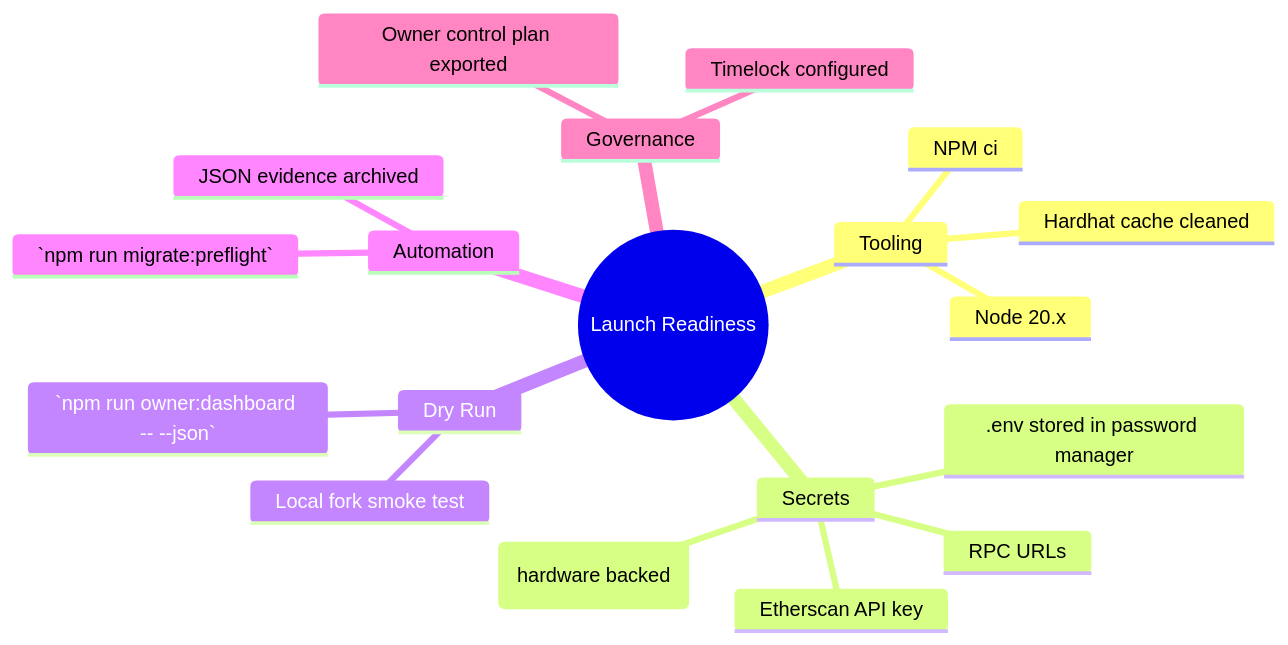
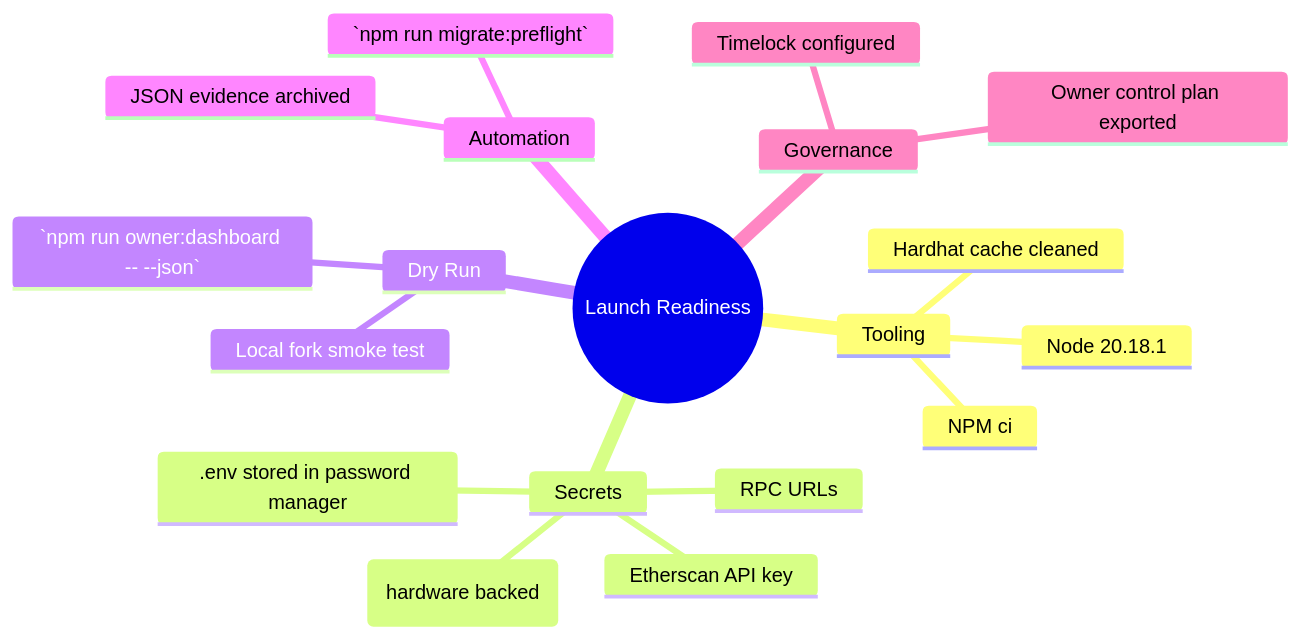
Before and after one commit to MontrealAI/AGIJobsv0: the second of 5 diagrams in docs/truffle-mainnet-playbook.md, drawn with Mermaid. The commit also changed other lines of this file and 25 other files, not shown here.

````diff
--- a/docs/truffle-mainnet-playbook.md
+++ b/docs/truffle-mainnet-playbook.md
@@ -32,22 +32,22 @@
 ```mermaid
 mindmap
   root((Launch Readiness))
     Tooling
-      Node 20.x
+      Node 20.18.1
       NPM ci
       Hardhat cache cleaned
     Secrets
       Private key (hardware backed)
       RPC URLs
       Etherscan API key
       .env stored in password manager
     Dry Run
       Local fork smoke test
       `npm run owner:dashboard -- --json`
     Automation
       `npm run migrate:preflight`
       JSON evidence archived
     Governance
       Timelock configured
       Owner control plan exported
 ```
````
